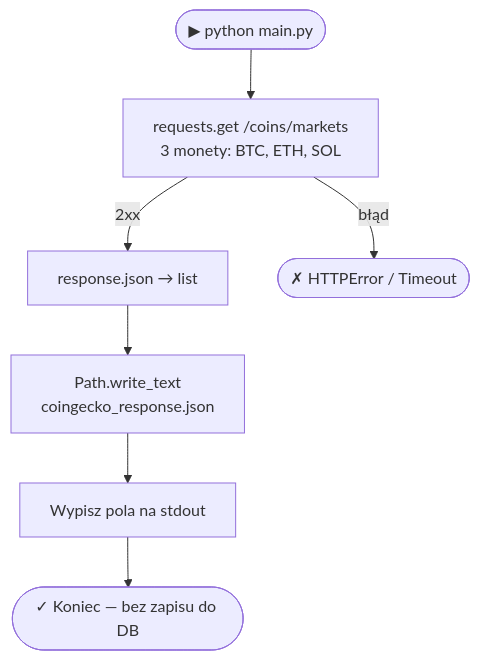
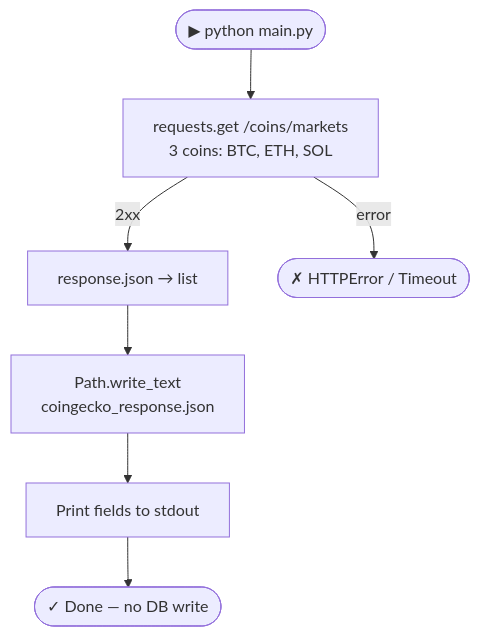
One commit to midusza04/coingeko_project changed the eighth of 8 diagrams in .docs/diagrams.md. Above: the diagram before and after it, drawn with Mermaid. The commit also changed other lines of this file and 12 other files, not shown here.

````diff
--- a/.docs/diagrams.md
+++ b/.docs/diagrams.md
@@ -274,9 +274,9 @@
 ```mermaid
 flowchart TD
-    START([▶ python main.py]) --> GET[requests.get /coins/markets\n3 monety: BTC, ETH, SOL]
+    START([▶ python main.py]) --> GET[requests.get /coins/markets\n3 coins: BTC, ETH, SOL]
     GET -->|2xx| PARSE[response.json → list]
-    GET -->|błąd| ERR([✗ HTTPError / Timeout])
+    GET -->|error| ERR([✗ HTTPError / Timeout])
     PARSE --> WRITE[Path.write_text\ncoingecko_response.json]
-    WRITE --> PRINT[Wypisz pola na stdout]
-    PRINT --> END([✓ Koniec — bez zapisu do DB])
+    WRITE --> PRINT[Print fields to stdout]
+    PRINT --> END([✓ Done — no DB write])
 ```
````
